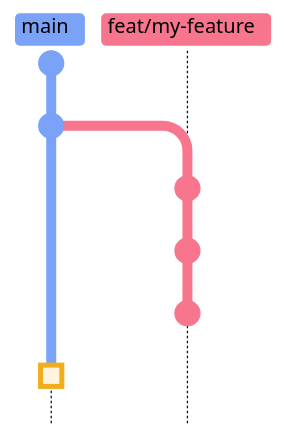
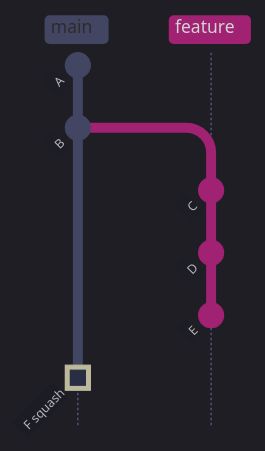
The seventh of 13 diagrams in content/08-Git/02-git-daily-workflow.md (alp78/elysium), drawn with Mermaid before and after one commit. The commit also changed other lines of this file and 29 other files, not shown here.

````diff
--- a/content/08-Git/02-git-daily-workflow.md
+++ b/content/08-Git/02-git-daily-workflow.md
@@ -429,12 +810,23 @@
 ```mermaid
-%%{init: {'theme': 'base', 'themeVariables': {'git0': '#7aa2f7', 'git1': '#f7768e', 'git2': '#9ece6a', 'git3': '#e0af68', 'git4': '#bb9af7', 'gitBranchLabel0': '#000000', 'gitBranchLabel1': '#000000', 'gitBranchLabel2': '#000000', 'gitBranchLabel3': '#000000', 'commitLabelColor': '#ffffff', 'commitLabelBackground': 'transparent', 'commitLabelFontSize': '14px', 'tagLabelColor': '#000000', 'tagLabelBackground': '#c0caf5'}, 'gitGraph': {'mainBranchName': 'main'}} }%%
+%%{init: {'theme': 'dark', 'themeVariables': {
+  'primaryColor': '#292e42',
+  'primaryTextColor': '#c0caf5',
+  'primaryBorderColor': '#565f89',
+  'lineColor': '#565f89',
+  'secondaryColor': '#1a1b26',
+  'tertiaryColor': '#24283b',
+  'noteTextColor': '#c0caf5',
+  'noteBkgColor': '#292e42',
+  'textColor': '#c0caf5',
+  'fontSize': '14px'
+}, 'gitGraph': {'mainBranchName': 'main'}}}%%
 gitGraph TB:
   commit id: "A"
   commit id: "B"
-  branch feat/my-feature
+  branch feature
   commit id: "C"
   commit id: "D"
   commit id: "E"
   checkout main
-  commit id: "F" type: HIGHLIGHT
+  commit id: "F squash" type: HIGHLIGHT
 ```
````
